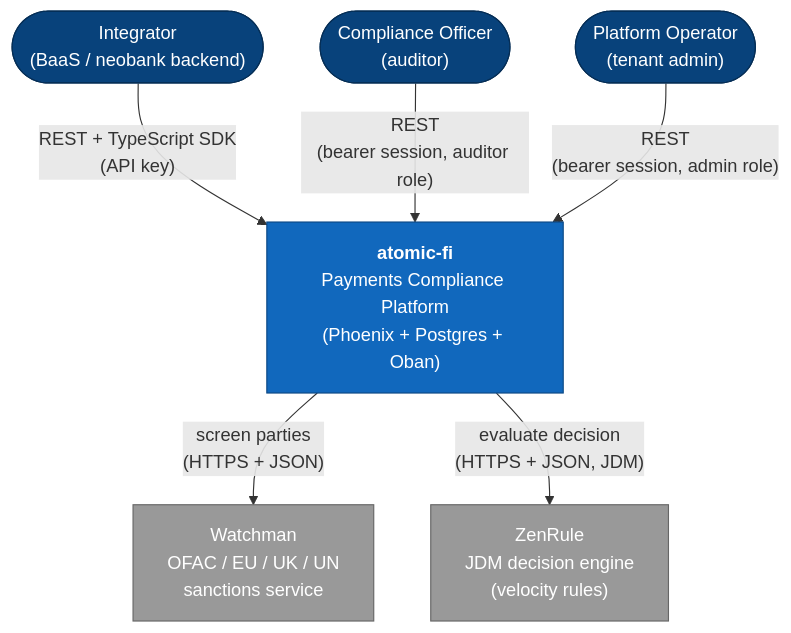
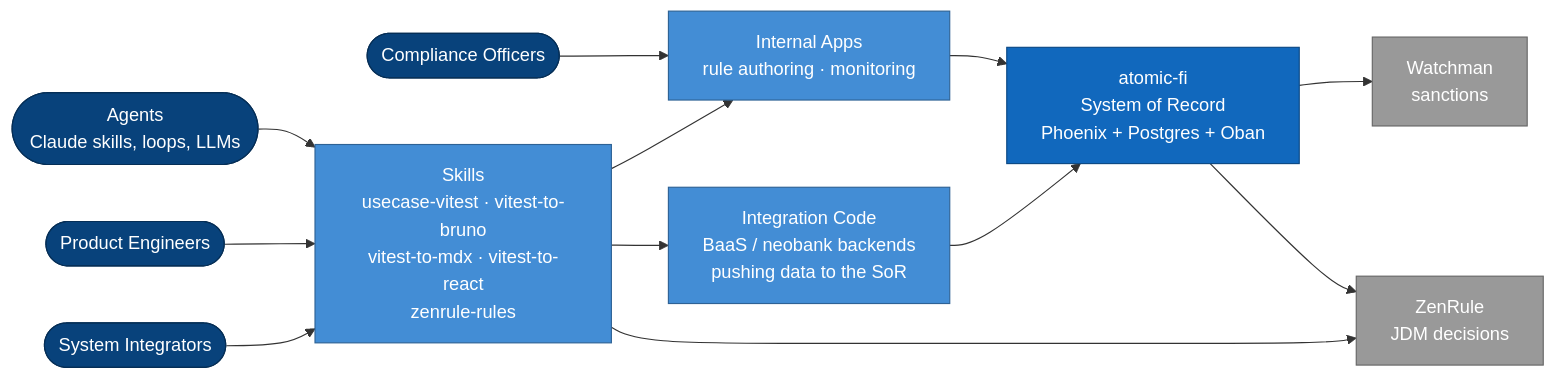
Before and after one commit to alvera-ai/atomic-fi: the diagram in guides/architecture.md, drawn with Mermaid. The commit also changed other lines of this file, not shown here.

````diff
--- a/guides/architecture.md
+++ b/guides/architecture.md
@@ -19,22 +21,36 @@
 ```mermaid
-flowchart TB
-    classDef person fill:#08427b,stroke:#052e56,color:#fff
-    classDef system fill:#1168bd,stroke:#0b4884,color:#fff
+flowchart LR
+    classDef operator fill:#08427b,stroke:#052e56,color:#fff
+    classDef artifact fill:#438dd5,stroke:#2e6295,color:#fff
+    classDef sor fill:#1168bd,stroke:#0b4884,color:#fff
     classDef external fill:#999,stroke:#666,color:#fff
 
-    integrator(["Integrator<br/>(BaaS / neobank backend)"]):::person
-    auditor(["Compliance Officer<br/>(auditor)"]):::person
-    operator(["Platform Operator<br/>(tenant admin)"]):::person
+    agents([Agents<br/>Claude skills, loops, LLMs]):::operator
+    co([Compliance Officers]):::operator
+    pe([Product Engineers]):::operator
+    si([System Integrators]):::operator
 
-    atomicfi["<b>atomic-fi</b><br/>Payments Compliance Platform<br/>(Phoenix + Postgres + Oban)"]:::system
+    skills[Skills<br/>usecase-vitest · vitest-to-bruno<br/>vitest-to-mdx · vitest-to-react<br/>zenrule-rules]:::artifact
+    apps[Internal Apps<br/>rule authoring · monitoring]:::artifact
+    intcode[Integration Code<br/>BaaS / neobank backends<br/>pushing data to the SoR]:::artifact
 
-    watchman["Watchman<br/>OFAC / EU / UK / UN<br/>sanctions service"]:::external
-    zenrule["ZenRule<br/>JDM decision engine<br/>(velocity rules)"]:::external
+    sor[atomic-fi<br/>System of Record<br/>Phoenix + Postgres + Oban]:::sor
 
-    integrator -- "REST + TypeScript SDK<br/>(API key)" --> atomicfi
-    auditor    -- "REST<br/>(bearer session, auditor role)" --> atomicfi
-    operator   -- "REST<br/>(bearer session, admin role)" --> atomicfi
+    watchman[Watchman<br/>sanctions]:::external
+    zenrule[ZenRule<br/>JDM decisions]:::external
 
-    atomicfi -- "screen parties<br/>(HTTPS + JSON)" --> watchman
-    atomicfi -- "evaluate decision<br/>(HTTPS + JSON, JDM)" --> zenrule
+    agents --> skills
+    pe     --> skills
+    si     --> skills
+
+    skills --> apps
+    skills --> intcode
+    skills --> zenrule
+
+    co       --> apps
+    apps     --> sor
+    intcode  --> sor
+
+    sor --> watchman
+    sor --> zenrule
 ```
````
